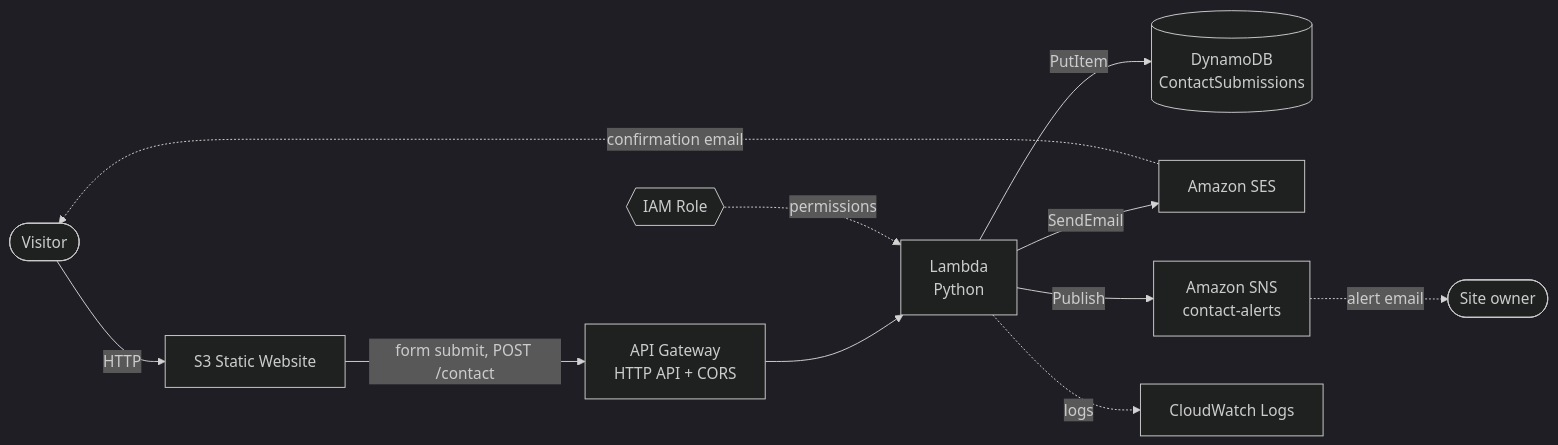
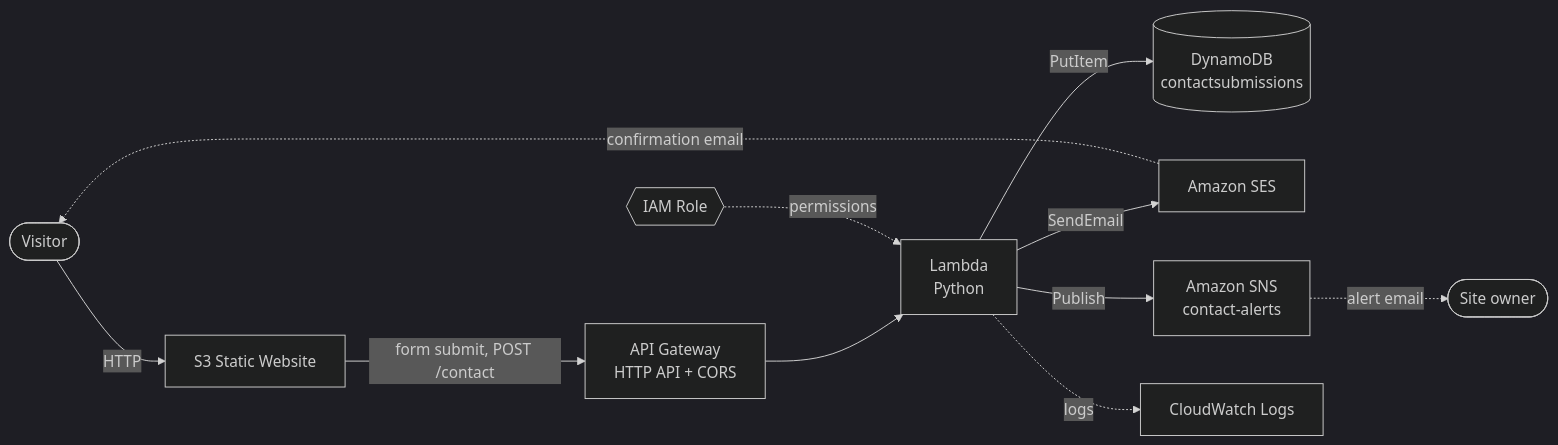
Before and after one commit to mianhasnain67/aws-serverless-contact-form: the first of 2 diagrams in README.md, drawn with Mermaid (dark theme). The commit also changed other lines of this file, not shown here.

````diff
--- a/README.md
+++ b/README.md
@@ -43,13 +43,13 @@
 ```mermaid
 flowchart LR
     V([Visitor]) -->|HTTP| S3[S3 Static Website]
     S3 -->|form submit, POST /contact| APIGW[API Gateway<br/>HTTP API + CORS]
     APIGW --> L[Lambda<br/>Python]
-    L -->|PutItem| DDB[(DynamoDB<br/>ContactSubmissions)]
+    L -->|PutItem| DDB[(DynamoDB<br/>contactsubmissions)]
     L -->|SendEmail| SES[Amazon SES]
     L -->|Publish| SNS[Amazon SNS<br/>contact-alerts]
     SES -.->|confirmation email| V
     SNS -.->|alert email| O([Site owner])
     L -.->|logs| CW[CloudWatch Logs]
     IAM{{IAM Role}} -.->|permissions| L
 ```
````
